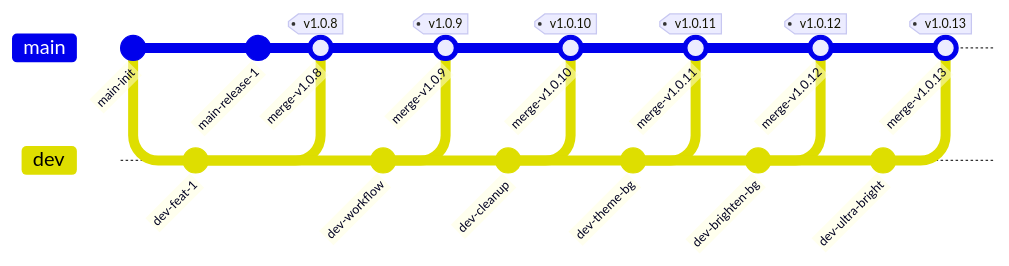
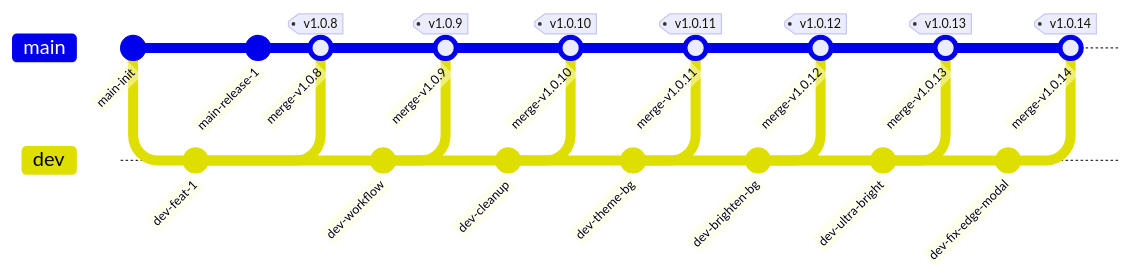
One commit to 6jbw6/Gomoku changed the first of 2 diagrams in OPERATIONS.md. Above: the diagram before and after it, drawn with Mermaid. The commit also changed other lines of this file and 2 other files, not shown here.

Commit message:
fix: 修复 Edge 浏览器弹窗偏左上角定位异常并实现全浏览器绝对居中 (v1.0.14)

````diff
--- a/OPERATIONS.md
+++ b/OPERATIONS.md
@@ -297,30 +324,34 @@
 ```mermaid
 gitGraph
     commit id: "main-init"
     branch dev
     checkout dev
     commit id: "dev-feat-1"
     checkout main
     commit id: "main-release-1"
     merge dev id: "merge-v1.0.8" tag: "v1.0.8"
     checkout dev
     commit id: "dev-workflow"
     checkout main
     merge dev id: "merge-v1.0.9" tag: "v1.0.9"
     checkout dev
     commit id: "dev-cleanup"
     checkout main
     merge dev id: "merge-v1.0.10" tag: "v1.0.10"
     checkout dev
     commit id: "dev-theme-bg"
     checkout main
     merge dev id: "merge-v1.0.11" tag: "v1.0.11"
     checkout dev
     commit id: "dev-brighten-bg"
     checkout main
     merge dev id: "merge-v1.0.12" tag: "v1.0.12"
     checkout dev
     commit id: "dev-ultra-bright"
     checkout main
     merge dev id: "merge-v1.0.13" tag: "v1.0.13"
+    checkout dev
+    commit id: "dev-fix-edge-modal"
+    checkout main
+    merge dev id: "merge-v1.0.14" tag: "v1.0.14"
 ```
````
